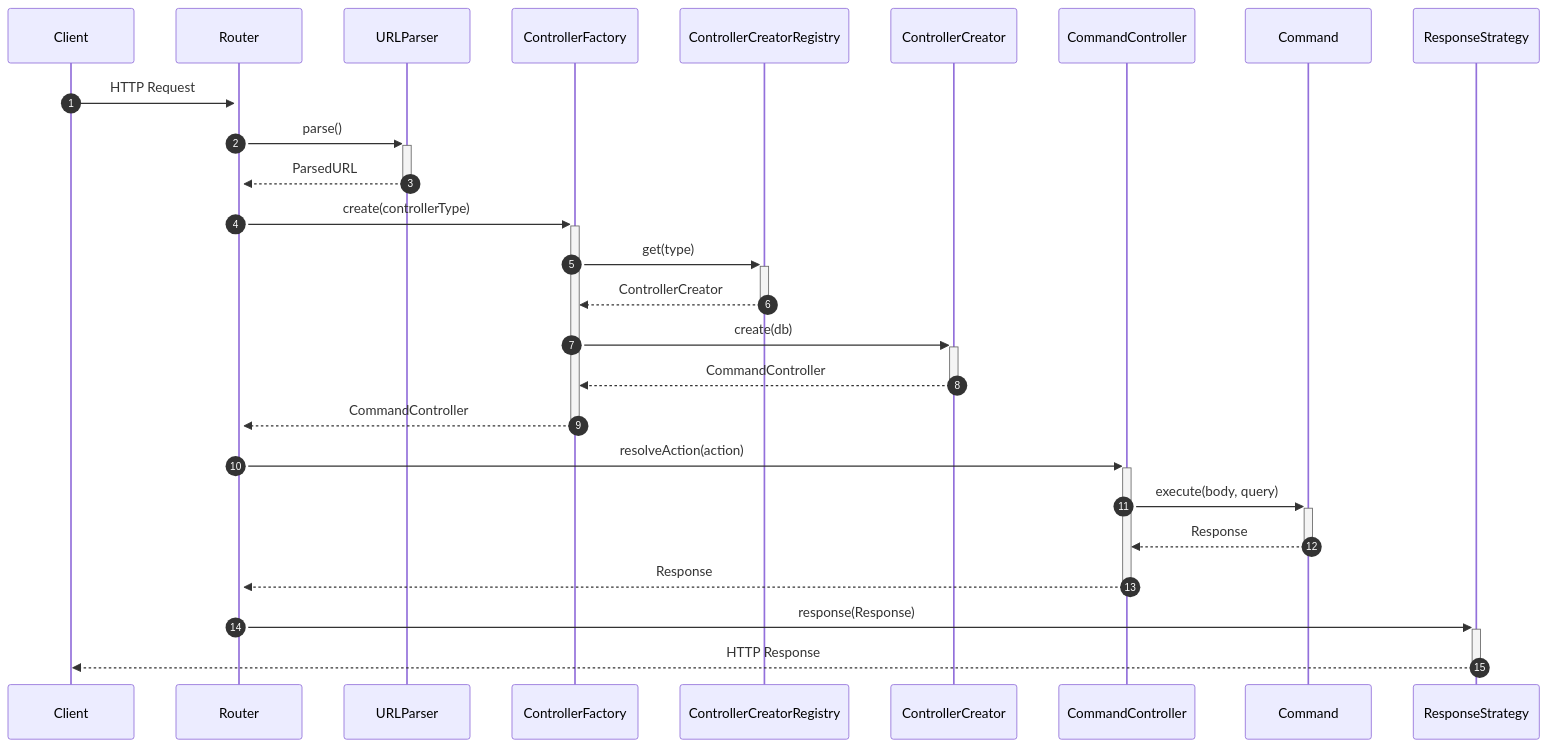
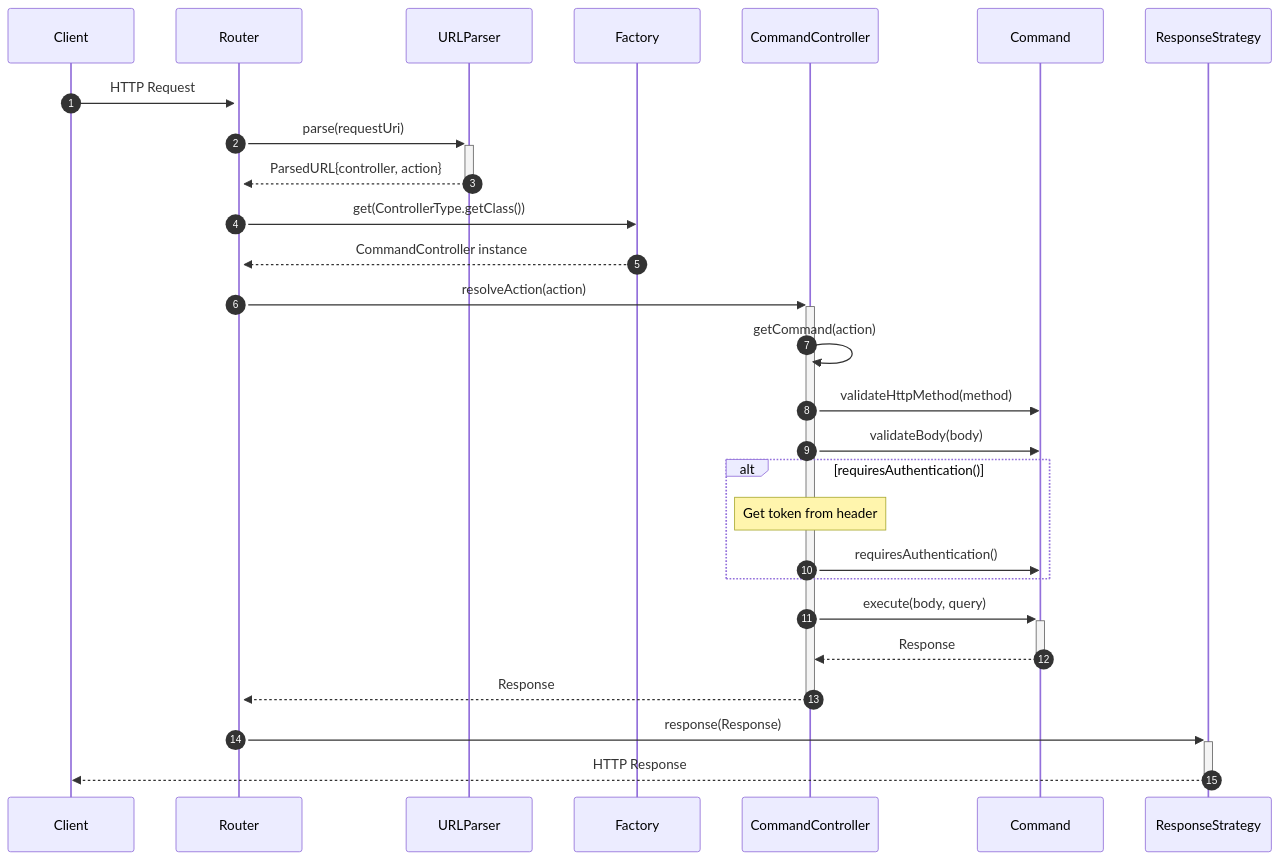
Before and after one commit to mb4dev/progetto-prova: the seventh of 8 diagrams in consegna docu/design_pattern/backend.md, drawn with Mermaid. The commit also changed other lines of this file and 6 other files, not shown here.

````diff
--- a/consegna docu/design_pattern/backend.md
+++ b/consegna docu/design_pattern/backend.md
@@ -135,33 +304,36 @@
 ```mermaid 
 sequenceDiagram
     autonumber
 
     participant Client
     participant Router
     participant URLParser
-    participant ControllerFactory
-    participant Registry as ControllerCreatorRegistry
-    participant Creator as ControllerCreator
+    participant Factory
     participant Controller as CommandController
     participant Command
     participant ResponseStrategy
 
     Client ->>+ Router: HTTP Request
-    Router ->>+ URLParser: parse()
-    URLParser -->>- Router: ParsedURL
-
-    Router ->>+ ControllerFactory: create(controllerType)
-    ControllerFactory ->>+ Registry: get(type)
-    Registry -->>- ControllerFactory: ControllerCreator
-    ControllerFactory ->>+ Creator: create(db)
-    Creator -->>- ControllerFactory: CommandController
-    ControllerFactory -->>- Router: CommandController
-
+    Router ->>+ URLParser: parse(requestUri)
+    URLParser -->>- Router: ParsedURL{controller, action}
+    
+    Router ->> Factory: get(ControllerType.getClass())
+    Factory -->> Router: CommandController instance
+    
     Router ->>+ Controller: resolveAction(action)
+    Controller ->> Controller: getCommand(action)
+    Controller ->> Command: validateHttpMethod(method)
+    Controller ->> Command: validateBody(body)
+    
+    alt requiresAuthentication()
+        Note over Controller: Get token from header
+        Controller ->> Command: requiresAuthentication()
+    end
+    
     Controller ->>+ Command: execute(body, query)
     Command -->>- Controller: Response
     Controller -->>- Router: Response
 
     Router ->>+ ResponseStrategy: response(Response)
     ResponseStrategy -->>- Client: HTTP Response
 ```
````
